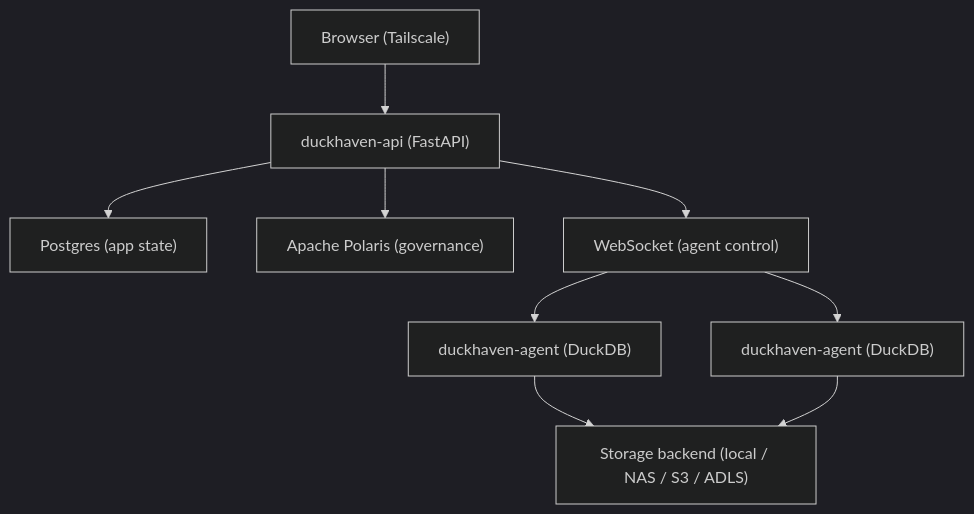
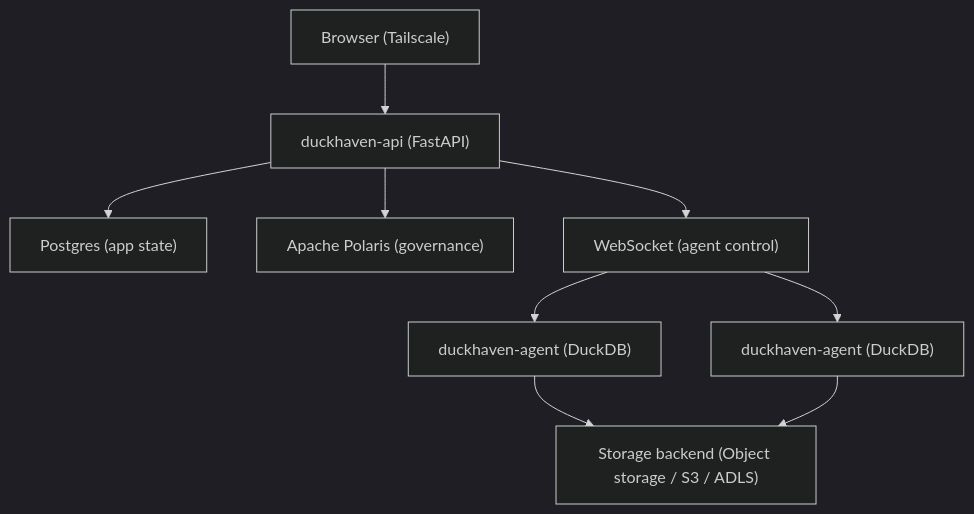
One commit to tamasmrtn/duckhaven changed the diagram in README.md. Above: the diagram before and after it, drawn with Mermaid (dark theme). The commit also changed other lines of this file and 6 other files, not shown here.

````diff
--- a/README.md
+++ b/README.md
@@ -63,11 +63,11 @@
 ```mermaid
 flowchart TB
     Browser["Browser (Tailscale)"] --> API["duckhaven-api (FastAPI)"]
     API --> Postgres["Postgres (app state)"]
     API --> UC["Apache Polaris (governance)"]
     API --> WS["WebSocket (agent control)"]
     WS --> Agent1["duckhaven-agent (DuckDB)"]
     WS --> Agent2["duckhaven-agent (DuckDB)"]
-    Agent1 --> Storage["Storage backend (local / NAS / S3 / ADLS)"]
+    Agent1 --> Storage["Storage backend (Object storage / S3 / ADLS)"]
     Agent2 --> Storage
 ```
````
